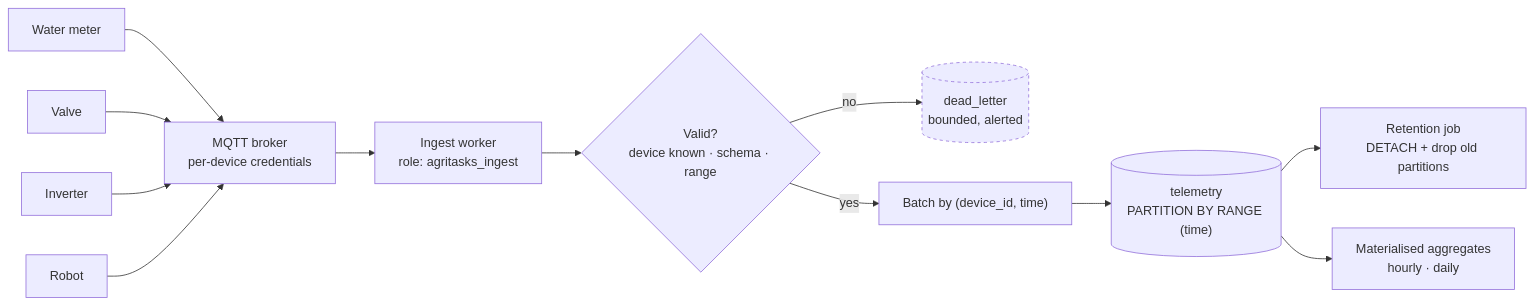
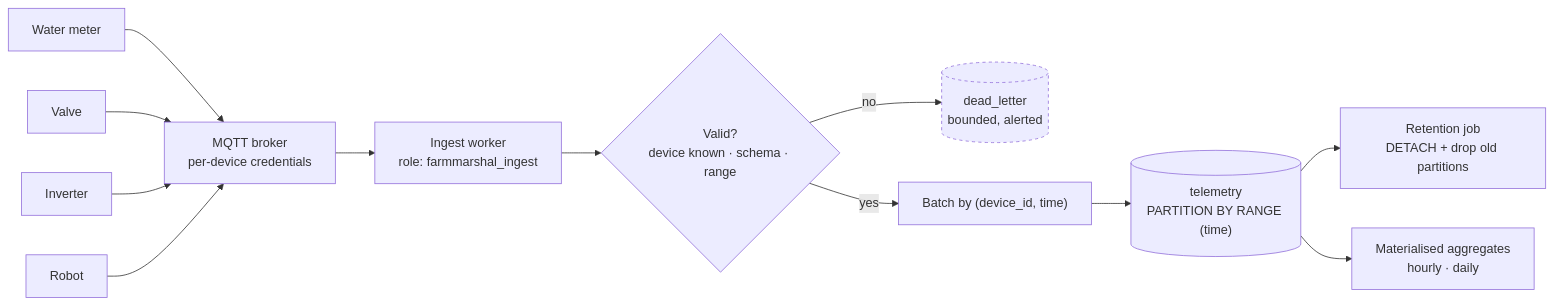
Before and after one commit to AhmedRefaat/FarmMarshal: the fourth of 4 diagrams in specs/POSTGRESQL_TARGET_ARCHITECTURE.md, drawn with Mermaid. The commit also changed other lines of this file and 64 other files, not shown here.

````diff
--- a/specs/POSTGRESQL_TARGET_ARCHITECTURE.md
+++ b/specs/POSTGRESQL_TARGET_ARCHITECTURE.md
@@ -555,17 +555,17 @@
 ```mermaid
 flowchart LR
     D1["Water meter"] --> B
     D2["Valve"] --> B
     D3["Inverter"] --> B
     D4["Robot"] --> B
     B["MQTT broker<br/>per-device credentials"]
-    B --> V["Ingest worker<br/>role: agritasks_ingest"]
+    B --> V["Ingest worker<br/>role: farmmarshal_ingest"]
     V --> CHK{"Valid?<br/>device known · schema · range"}
     CHK -- no --> DLQ[("dead_letter<br/>bounded, alerted")]
     CHK -- yes --> BAT["Batch by (device_id, time)"]
     BAT --> TEL[("telemetry<br/>PARTITION BY RANGE (time)")]
     TEL --> RET["Retention job<br/>DETACH + drop old partitions"]
     TEL --> AGG["Materialised aggregates<br/>hourly · daily"]
 
     style DLQ stroke-dasharray: 4 4
 ```
````
